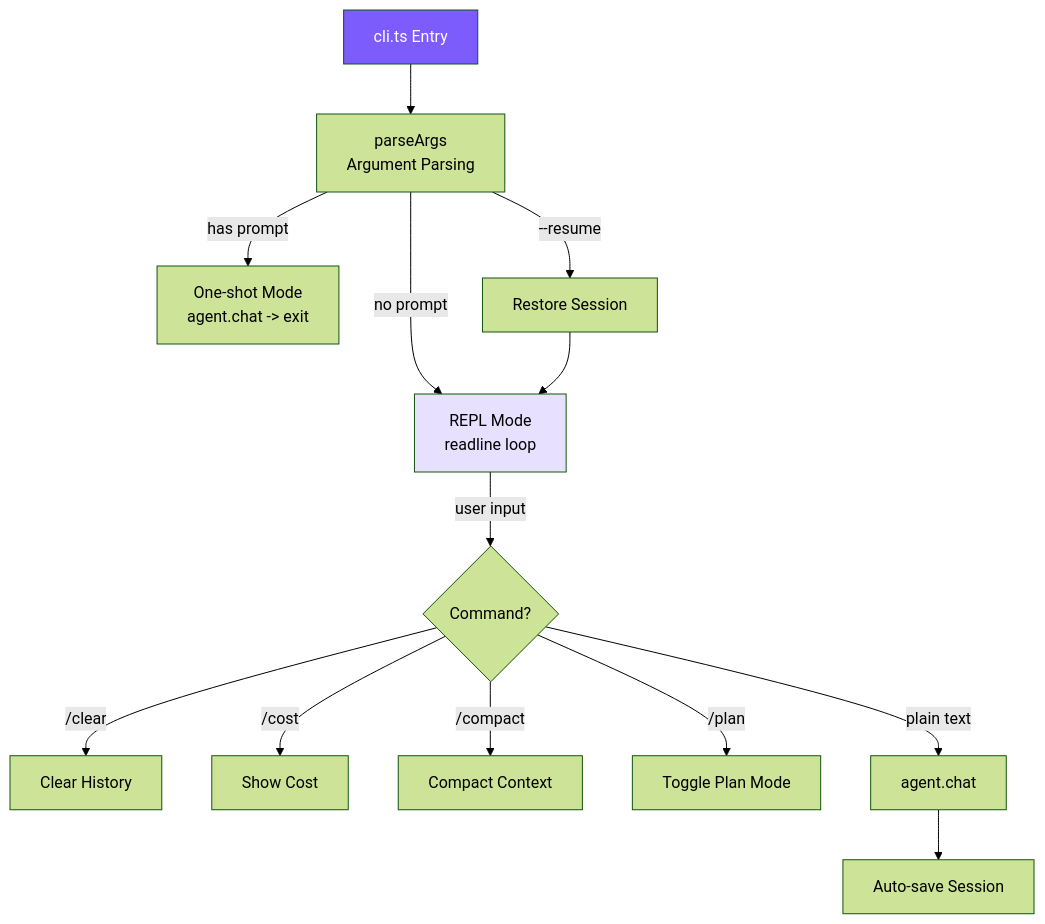
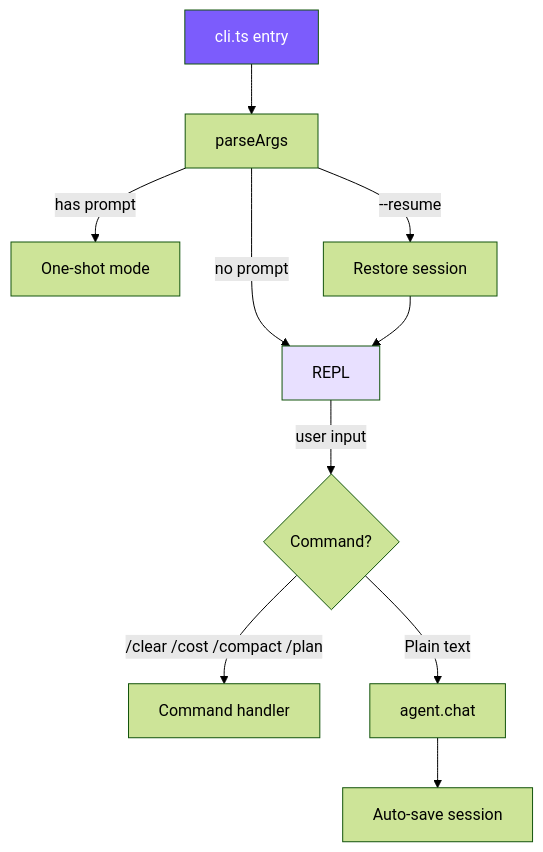
One commit to joinmouse/claude-code-mini changed the diagram in en/docs/04-cli-session.md. Above: the diagram before and after it, drawn with Mermaid (forest theme). The commit also changed other lines of this file and 30 other files, not shown here.

````diff
--- a/en/docs/04-cli-session.md
+++ b/en/docs/04-cli-session.md
@@ -7,18 +5,15 @@
 ```mermaid
 graph TB
-    Entry[cli.ts Entry] --> Parse[parseArgs<br/>Argument Parsing]
-    Parse --> |has prompt| OneShot[One-shot Mode<br/>agent.chat -> exit]
-    Parse --> |no prompt| REPL[REPL Mode<br/>readline loop]
-    Parse --> |--resume| Restore[Restore Session]
+    Entry[cli.ts entry] --> Parse[parseArgs]
+    Parse --> |has prompt| OneShot[One-shot mode]
+    Parse --> |no prompt| REPL[REPL]
+    Parse --> |--resume| Restore[Restore session]
     Restore --> REPL
     REPL --> |user input| Cmd{Command?}
-    Cmd -->|/clear| Clear[Clear History]
-    Cmd -->|/cost| Cost[Show Cost]
-    Cmd -->|/compact| Compact[Compact Context]
-    Cmd -->|/plan| Plan[Toggle Plan Mode]
-    Cmd -->|plain text| Chat[agent.chat]
-    Chat --> Save[Auto-save Session]
+    Cmd -->|/clear /cost /compact /plan| Handler[Command handler]
+    Cmd -->|Plain text| Chat[agent.chat]
+    Chat --> Save[Auto-save session]
 
     style Entry fill:#7c5cfc,color:#fff
     style REPL fill:#e8e0ff
 ```
````
